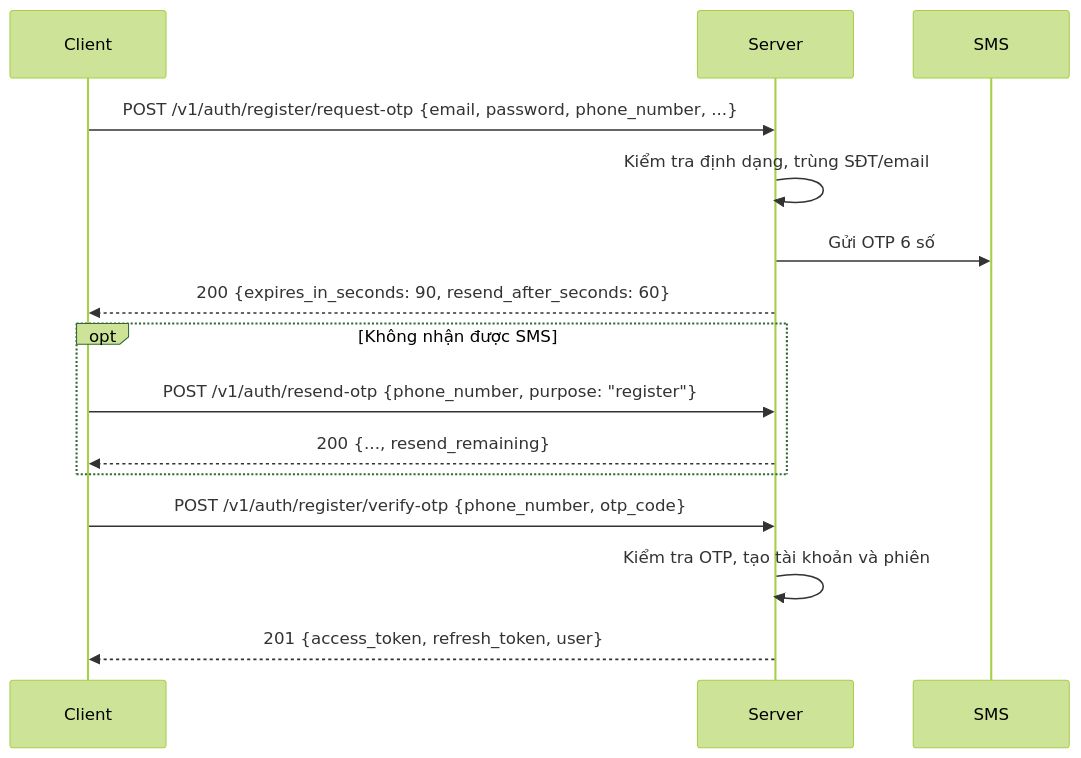
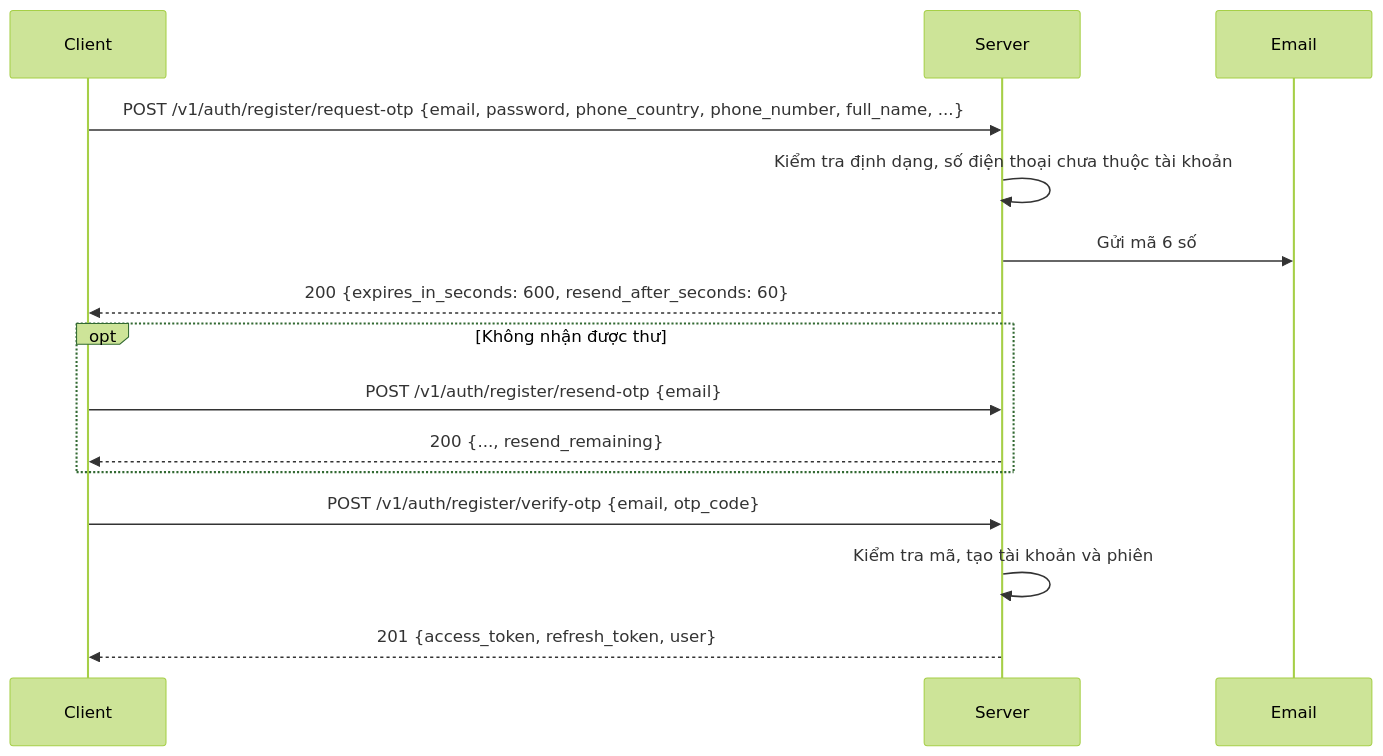
Before and after one commit to chjpcojit/innerlamp-be: the first of 3 diagrams in web/docs/src/content/docs/guides/register-and-login.mdx, drawn with Mermaid (forest theme). The commit also changed other lines of this file and 20 other files, not shown here.

First line of the commit message:
docs(api): OpenAPI + web/docs for email register, login v2 and password reset

````diff
--- a/web/docs/src/content/docs/guides/register-and-login.mdx
+++ b/web/docs/src/content/docs/guides/register-and-login.mdx
@@ -25,20 +31,20 @@
 ```mermaid
 sequenceDiagram
     participant C as Client
     participant S as Server
-    participant P as SMS
+    participant M as Email
 
-    C->>S: POST /v1/auth/register/request-otp {email, password, phone_number, ...}
-    S->>S: Kiểm tra định dạng, trùng SĐT/email
-    S->>P: Gửi OTP 6 số
-    S-->>C: 200 {expires_in_seconds: 90, resend_after_seconds: 60}
+    C->>S: POST /v1/auth/register/request-otp {email, password, phone_country, phone_number, full_name, ...}
+    S->>S: Kiểm tra định dạng, số điện thoại chưa thuộc tài khoản
+    S->>M: Gửi mã 6 số
+    S-->>C: 200 {expires_in_seconds: 600, resend_after_seconds: 60}
 
-    opt Không nhận được SMS
-        C->>S: POST /v1/auth/resend-otp {phone_number, purpose: "register"}
+    opt Không nhận được thư
+        C->>S: POST /v1/auth/register/resend-otp {email}
         S-->>C: 200 {..., resend_remaining}
     end
 
-    C->>S: POST /v1/auth/register/verify-otp {phone_number, otp_code}
-    S->>S: Kiểm tra OTP, tạo tài khoản và phiên
+    C->>S: POST /v1/auth/register/verify-otp {email, otp_code}
+    S->>S: Kiểm tra mã, tạo tài khoản và phiên
     S-->>C: 201 {access_token, refresh_token, user}
 ```
````
